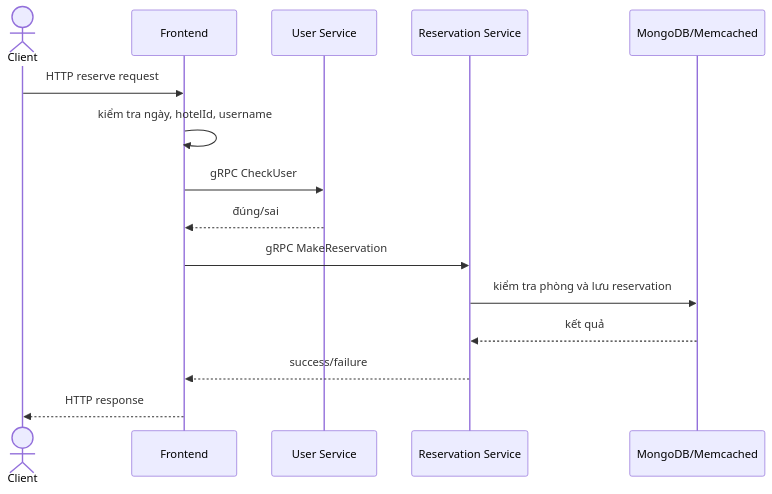
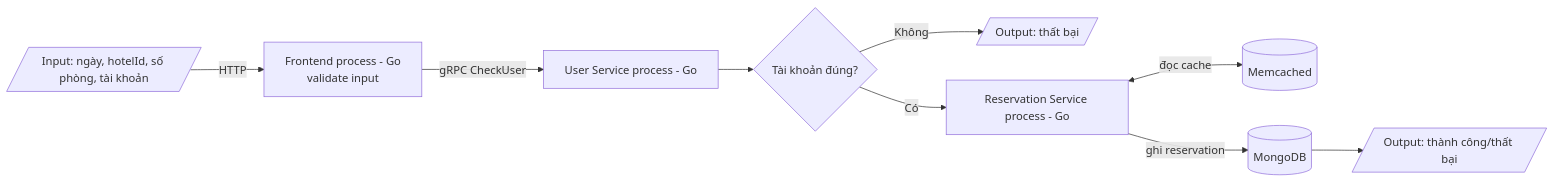
The third of 11 diagrams in 22-CAU-HOI-VA-DAP-AN.md (khuongduy354/onthi-swe), drawn with Mermaid before and after one commit. The commit also changed other lines of this file, not shown here.

Commit message:
Model process views as runtime flows

````diff
--- a/22-CAU-HOI-VA-DAP-AN.md
+++ b/22-CAU-HOI-VA-DAP-AN.md
@@ -110,17 +110,11 @@
 ```mermaid
-sequenceDiagram
-    actor Client
-    participant F as Frontend
-    participant U as User Service
-    participant R as Reservation Service
-    participant DB as MongoDB/Memcached
-    Client->>F: HTTP reserve request
-    F->>F: kiểm tra ngày, hotelId, username
-    F->>U: gRPC CheckUser
-    U-->>F: đúng/sai
-    F->>R: gRPC MakeReservation
-    R->>DB: kiểm tra phòng và lưu reservation
-    DB-->>R: kết quả
-    R-->>F: success/failure
-    F-->>Client: HTTP response
+flowchart LR
+    I[/Input: ngày, hotelId, số phòng, tài khoản/] -->|HTTP| F[Frontend process - Go<br/>validate input]
+    F -->|gRPC CheckUser| U[User Service process - Go]
+    U --> D{Tài khoản đúng?}
+    D -->|Không| O1[/Output: thất bại/]
+    D -->|Có| R[Reservation Service process - Go]
+    R <-->|đọc cache| C[(Memcached)]
+    R -->|ghi reservation| DB[(MongoDB)]
+    DB --> O2[/Output: thành công/thất bại/]
 ```
````
